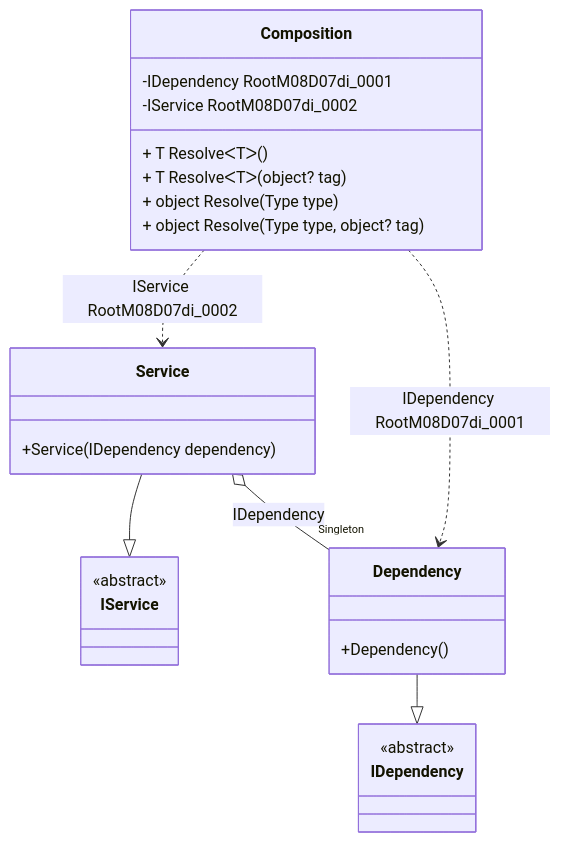
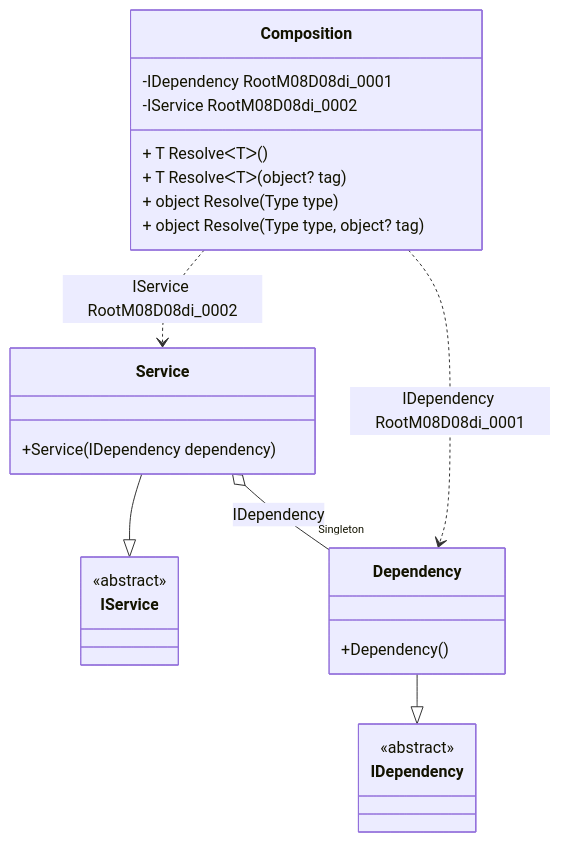
Before and after one commit to DevTeam/Pure.DI: the diagram in readme/service-collection.md, drawn with Mermaid. The commit also changed 10 other files, not shown here.

````diff
--- a/readme/service-collection.md
+++ b/readme/service-collection.md
@@ -75,28 +75,28 @@
 ```mermaid
 classDiagram
   class Composition {
-    -IDependency RootM08D07di_0001
-    -IService RootM08D07di_0002
+    -IDependency RootM08D08di_0001
+    -IService RootM08D08di_0002
     + T ResolveᐸTᐳ()
     + T ResolveᐸTᐳ(object? tag)
     + object Resolve(Type type)
     + object Resolve(Type type, object? tag)
   }
   Service --|> IService : 
   class Service {
     +Service(IDependency dependency)
   }
   Dependency --|> IDependency : 
   class Dependency {
     +Dependency()
   }
   class IService {
     <<abstract>>
   }
   class IDependency {
     <<abstract>>
   }
   Service o--  "Singleton" Dependency : IDependency
-  Composition ..> Dependency : IDependency RootM08D07di_0001
-  Composition ..> Service : IService RootM08D07di_0002
+  Composition ..> Dependency : IDependency RootM08D08di_0001
+  Composition ..> Service : IService RootM08D08di_0002
 ```
````
